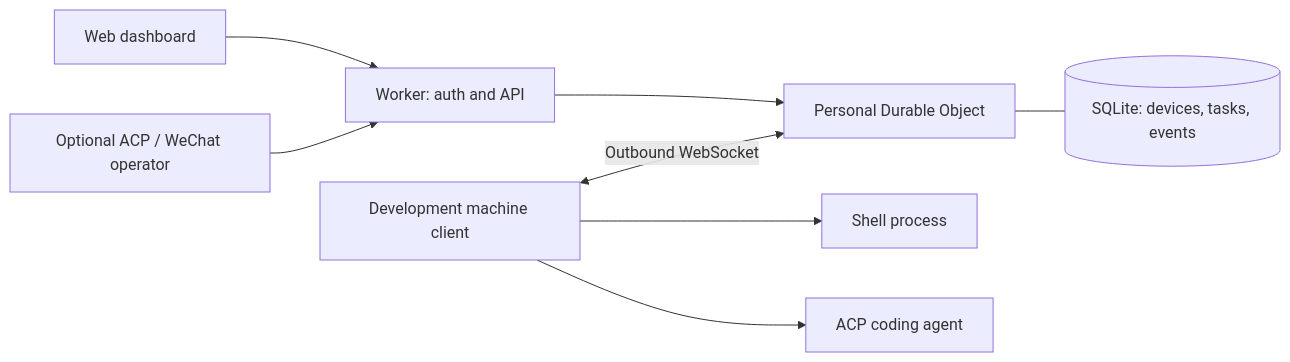
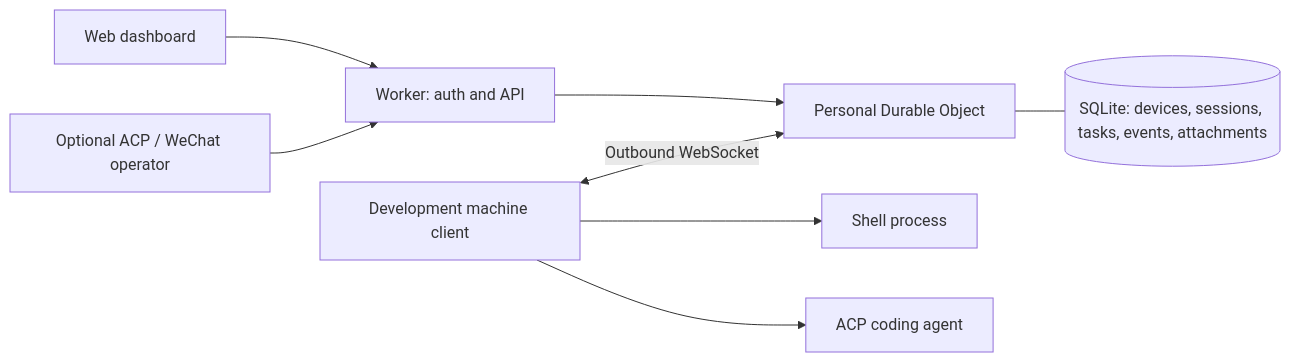
The diagram in README.md (bttb2020/veronica), drawn with Mermaid before and after one commit. The commit also changed other lines of this file and 16 other files, not shown here.

````diff
--- a/README.md
+++ b/README.md
@@ -106,10 +128,10 @@
 ```mermaid
 flowchart LR
   Browser[Web dashboard] --> Worker[Worker: auth and API]
   Operator[Optional ACP / WeChat operator] --> Worker
   Worker --> Room[Personal Durable Object]
-  Room --- Store[(SQLite: devices, tasks, events)]
+  Room --- Store[(SQLite: devices, sessions, tasks, events, attachments)]
   Client[Development machine client] <-->|Outbound WebSocket| Room
   Client --> Shell[Shell process]
   Client --> Agent[ACP coding agent]
 ```
````
